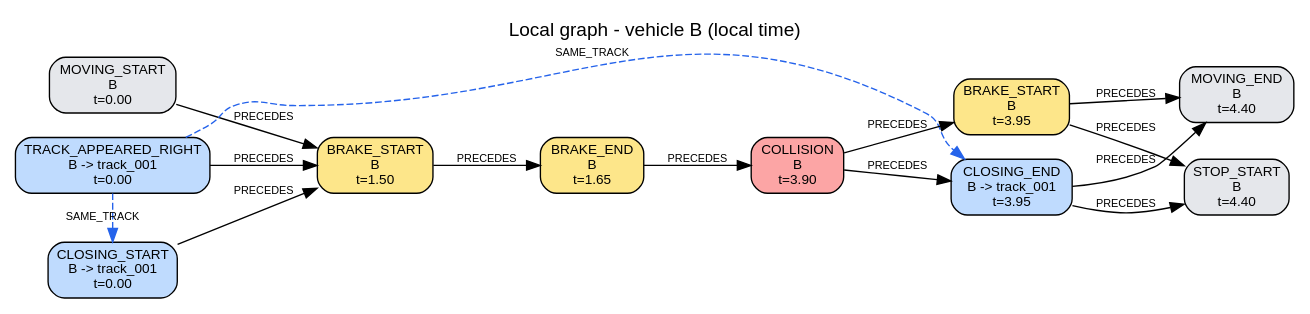
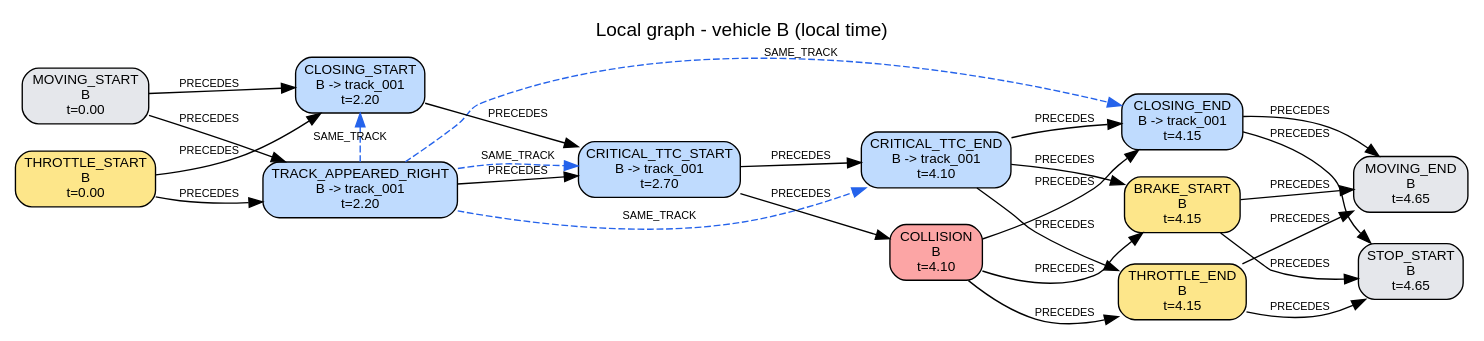
One commit to AndreaBedei1/causaldrive-forensics changed the diagram in traces/S02/run_0_critical_before_cut_in/reconstruction/B/local_graph.dot. Above: the diagram before and after it, drawn with Graphviz. The commit also changed 1878 other files, not shown here.

```diff
--- a/traces/S02/run_0_critical_before_cut_in/reconstruction/B/local_graph.dot
+++ b/traces/S02/run_0_critical_before_cut_in/reconstruction/B/local_graph.dot
@@ -1,31 +1,46 @@
 digraph "local_B" {
   graph [rankdir=LR, labelloc=t, fontname=Helvetica, label="Local graph - vehicle B (local time)"];
   node [shape=box, style="rounded,filled", fontname=Helvetica, fontsize=10];
   edge [fontname=Helvetica, fontsize=8];
   "B:e01" [label="MOVING_START\nB\nt=0.00", fillcolor="#e5e7eb"];
-  "B:e02" [label="TRACK_APPEARED_RIGHT\nB -> track_001\nt=0.00", fillcolor="#bfdbfe"];
-  "B:e03" [label="CLOSING_START\nB -> track_001\nt=0.00", fillcolor="#bfdbfe"];
-  "B:e04" [label="BRAKE_START\nB\nt=1.50", fillcolor="#fde68a"];
-  "B:e05" [label="BRAKE_END\nB\nt=1.65", fillcolor="#fde68a"];
-  "B:e06" [label="COLLISION\nB\nt=3.90", fillcolor="#fca5a5"];
-  "B:e07" [label="CLOSING_END\nB -> track_001\nt=3.95", fillcolor="#bfdbfe"];
-  "B:e08" [label="BRAKE_START\nB\nt=3.95", fillcolor="#fde68a"];
-  "B:e09" [label="MOVING_END\nB\nt=4.40", fillcolor="#e5e7eb"];
-  "B:e10" [label="STOP_START\nB\nt=4.40", fillcolor="#e5e7eb"];
-  {rank=same; "B:e01"; "B:e02"; "B:e03";}
-  {rank=same; "B:e07"; "B:e08";}
-  {rank=same; "B:e09"; "B:e10";}
+  "B:e02" [label="THROTTLE_START\nB\nt=0.00", fillcolor="#fde68a"];
+  "B:e03" [label="TRACK_APPEARED_RIGHT\nB -> track_001\nt=2.20", fillcolor="#bfdbfe"];
+  "B:e04" [label="CLOSING_START\nB -> track_001\nt=2.20", fillcolor="#bfdbfe"];
+  "B:e05" [label="CRITICAL_TTC_START\nB -> track_001\nt=2.70", fillcolor="#bfdbfe"];
+  "B:e06" [label="COLLISION\nB\nt=4.10", fillcolor="#fca5a5"];
+  "B:e07" [label="CRITICAL_TTC_END\nB -> track_001\nt=4.10", fillcolor="#bfdbfe"];
+  "B:e08" [label="CLOSING_END\nB -> track_001\nt=4.15", fillcolor="#bfdbfe"];
+  "B:e09" [label="THROTTLE_END\nB\nt=4.15", fillcolor="#fde68a"];
+  "B:e10" [label="BRAKE_START\nB\nt=4.15", fillcolor="#fde68a"];
+  "B:e11" [label="MOVING_END\nB\nt=4.65", fillcolor="#e5e7eb"];
+  "B:e12" [label="STOP_START\nB\nt=4.65", fillcolor="#e5e7eb"];
+  {rank=same; "B:e01"; "B:e02";}
+  {rank=same; "B:e03"; "B:e04";}
+  {rank=same; "B:e06"; "B:e07";}
+  {rank=same; "B:e08"; "B:e09"; "B:e10";}
+  {rank=same; "B:e11"; "B:e12";}
+  "B:e01" -> "B:e03" [label="PRECEDES"];
   "B:e01" -> "B:e04" [label="PRECEDES"];
+  "B:e02" -> "B:e03" [label="PRECEDES"];
   "B:e02" -> "B:e04" [label="PRECEDES"];
-  "B:e03" -> "B:e04" [label="PRECEDES"];
+  "B:e03" -> "B:e05" [label="PRECEDES"];
   "B:e04" -> "B:e05" [label="PRECEDES"];
   "B:e05" -> "B:e06" [label="PRECEDES"];
-  "B:e06" -> "B:e07" [label="PRECEDES"];
+  "B:e05" -> "B:e07" [label="PRECEDES"];
   "B:e06" -> "B:e08" [label="PRECEDES"];
+  "B:e06" -> "B:e09" [label="PRECEDES"];
+  "B:e06" -> "B:e10" [label="PRECEDES"];
+  "B:e07" -> "B:e08" [label="PRECEDES"];
   "B:e07" -> "B:e09" [label="PRECEDES"];
   "B:e07" -> "B:e10" [label="PRECEDES"];
-  "B:e08" -> "B:e09" [label="PRECEDES"];
-  "B:e08" -> "B:e10" [label="PRECEDES"];
-  "B:e02" -> "B:e03" [label="SAME_TRACK", style=dashed, color="#2563eb", constraint=false];
-  "B:e02" -> "B:e07" [label="SAME_TRACK", style=dashed, color="#2563eb", constraint=false];
+  "B:e08" -> "B:e11" [label="PRECEDES"];
+  "B:e08" -> "B:e12" [label="PRECEDES"];
+  "B:e09" -> "B:e11" [label="PRECEDES"];
+  "B:e09" -> "B:e12" [label="PRECEDES"];
+  "B:e10" -> "B:e11" [label="PRECEDES"];
+  "B:e10" -> "B:e12" [label="PRECEDES"];
+  "B:e03" -> "B:e04" [label="SAME_TRACK", style=dashed, color="#2563eb", constraint=false];
+  "B:e03" -> "B:e05" [label="SAME_TRACK", style=dashed, color="#2563eb", constraint=false];
+  "B:e03" -> "B:e07" [label="SAME_TRACK", style=dashed, color="#2563eb", constraint=false];
+  "B:e03" -> "B:e08" [label="SAME_TRACK", style=dashed, color="#2563eb", constraint=false];
 }
```
